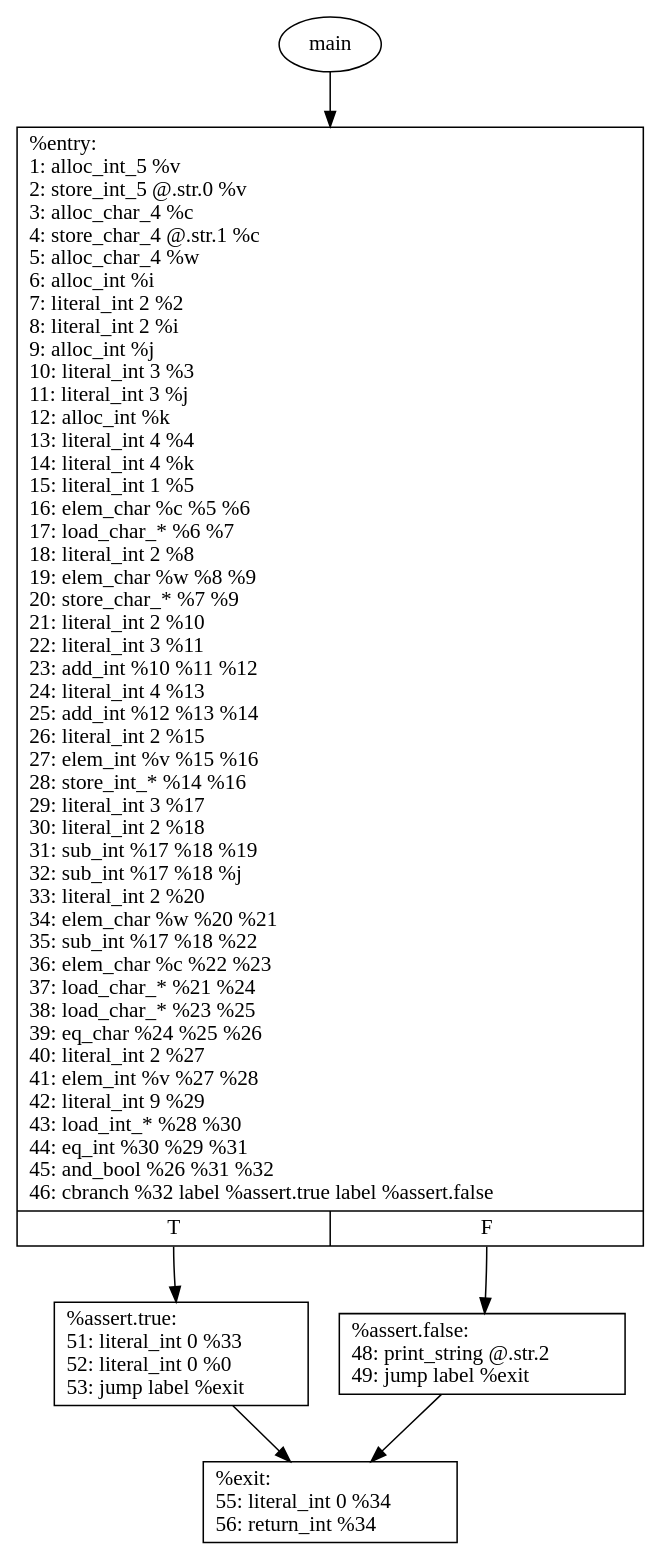
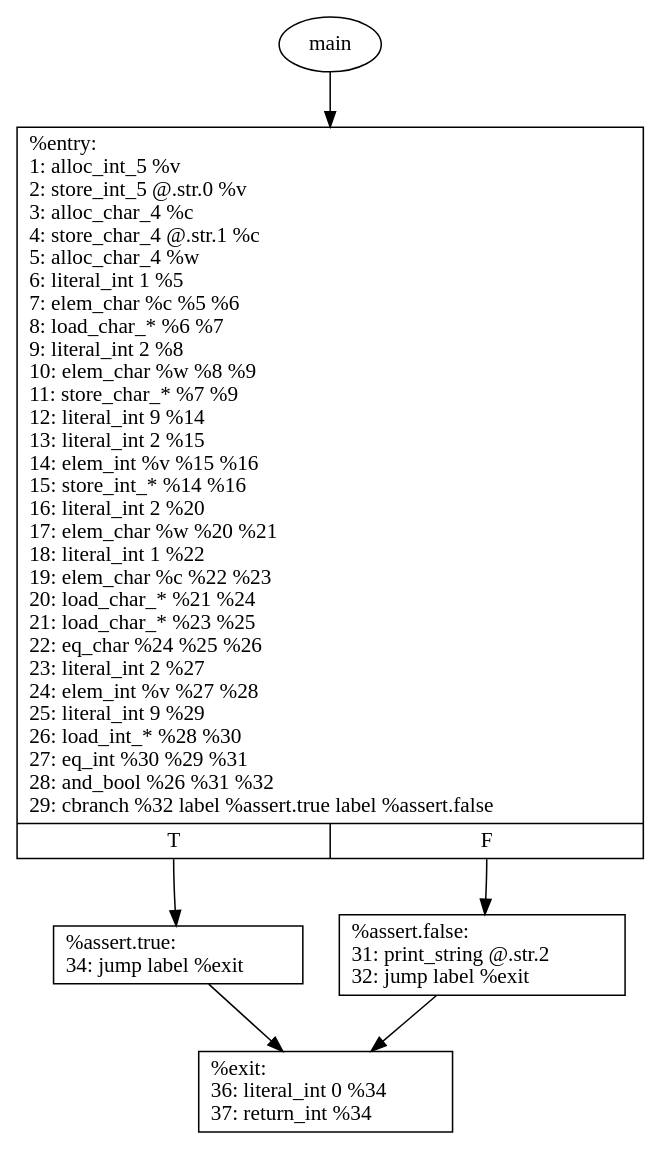
One commit to barddes/ply-python-compiler changed the diagram in main.gv. Above: the diagram before and after it, drawn with Graphviz. The commit also changed 3 other files, not shown here.

```diff
--- a/main.gv
+++ b/main.gv
@@ -1,13 +1,13 @@
 digraph g {
 	node [shape=record]
 	main [shape=ellipse]
 	main -> "%entry"
-	"%entry" [label="{%entry:\l	1:   alloc_int_5 %v \l	2:   store_int_5 @.str.0 %v \l	3:   alloc_char_4 %c \l	4:   store_char_4 @.str.1 %c \l	5:   alloc_char_4 %w \l	6:   alloc_int %i \l	7:   literal_int 2 %2 \l	8:   literal_int 2 %i \l	9:   alloc_int %j \l	10:   literal_int 3 %3 \l	11:   literal_int 3 %j \l	12:   alloc_int %k \l	13:   literal_int 4 %4 \l	14:   literal_int 4 %k \l	15:   literal_int 1 %5 \l	16:   elem_char %c %5 %6 \l	17:   load_char_* %6 %7 \l	18:   literal_int 2 %8 \l	19:   elem_char %w %8 %9 \l	20:   store_char_* %7 %9 \l	21:   literal_int 2 %10 \l	22:   literal_int 3 %11 \l	23:   add_int %10 %11 %12 \l	24:   literal_int 4 %13 \l	25:   add_int %12 %13 %14 \l	26:   literal_int 2 %15 \l	27:   elem_int %v %15 %16 \l	28:   store_int_* %14 %16 \l	29:   literal_int 3 %17 \l	30:   literal_int 2 %18 \l	31:   sub_int %17 %18 %19 \l	32:   sub_int %17 %18 %j \l	33:   literal_int 2 %20 \l	34:   elem_char %w %20 %21 \l	35:   sub_int %17 %18 %22 \l	36:   elem_char %c %22 %23 \l	37:   load_char_* %21 %24 \l	38:   load_char_* %23 %25 \l	39:   eq_char %24 %25 %26 \l	40:   literal_int 2 %27 \l	41:   elem_int %v %27 %28 \l	42:   literal_int 9 %29 \l	43:   load_int_* %28 %30 \l	44:   eq_int %30 %29 %31 \l	45:   and_bool %26 %31 %32 \l	46:   cbranch %32 label %assert.true label %assert.false\l	|{<f0>T|<f1>F}}"]
+	"%entry" [label="{%entry:\l	1:   alloc_int_5 %v \l	2:   store_int_5 @.str.0 %v \l	3:   alloc_char_4 %c \l	4:   store_char_4 @.str.1 %c \l	5:   alloc_char_4 %w \l	6:   literal_int 1 %5 \l	7:   elem_char %c %5 %6 \l	8:   load_char_* %6 %7 \l	9:   literal_int 2 %8 \l	10:   elem_char %w %8 %9 \l	11:   store_char_* %7 %9 \l	12:   literal_int 9 %14 \l	13:   literal_int 2 %15 \l	14:   elem_int %v %15 %16 \l	15:   store_int_* %14 %16 \l	16:   literal_int 2 %20 \l	17:   elem_char %w %20 %21 \l	18:   literal_int 1 %22 \l	19:   elem_char %c %22 %23 \l	20:   load_char_* %21 %24 \l	21:   load_char_* %23 %25 \l	22:   eq_char %24 %25 %26 \l	23:   literal_int 2 %27 \l	24:   elem_int %v %27 %28 \l	25:   literal_int 9 %29 \l	26:   load_int_* %28 %30 \l	27:   eq_int %30 %29 %31 \l	28:   and_bool %26 %31 %32 \l	29:   cbranch %32 label %assert.true label %assert.false\l	|{<f0>T|<f1>F}}"]
 	"%entry":f0 -> "%assert.true"
 	"%entry":f1 -> "%assert.false"
-	"%assert.false" [label="{%assert.false:\l	48:   print_string @.str.2 \l	49:   jump label %exit\l	}"]
+	"%assert.false" [label="{%assert.false:\l	31:   print_string @.str.2 \l	32:   jump label %exit\l	}"]
 	"%assert.false" -> "%exit"
-	"%assert.true" [label="{%assert.true:\l	51:   literal_int 0 %33 \l	52:   literal_int 0 %0 \l	53:   jump label %exit\l	}"]
+	"%assert.true" [label="{%assert.true:\l	34:   jump label %exit\l	}"]
 	"%assert.true" -> "%exit"
-	"%exit" [label="{%exit:\l	55:   literal_int 0 %34 \l	56:   return_int %34\l	}"]
+	"%exit" [label="{%exit:\l	36:   literal_int 0 %34 \l	37:   return_int %34\l	}"]
 }
```
